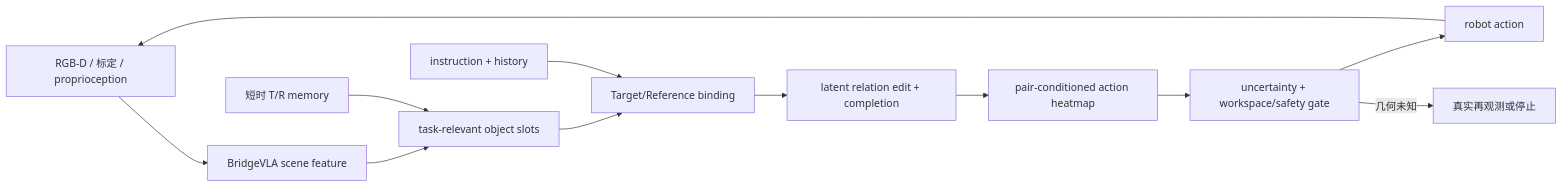
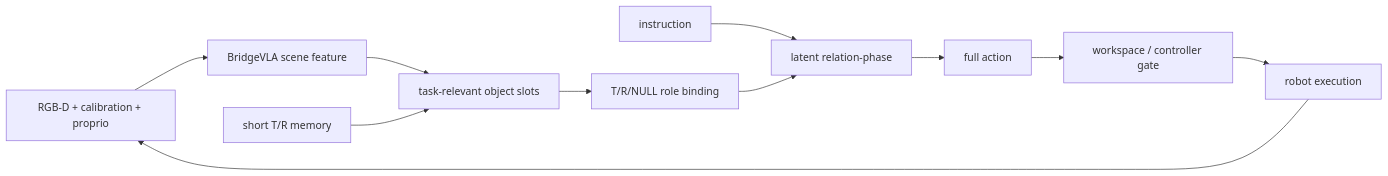
The first of 2 diagrams in docs/design/real-world-deployment.md (YW310/BridgeVLA), drawn with Mermaid before and after one commit. The commit also changed other lines of this file and 5 other files, not shown here.

````diff
--- a/docs/design/real-world-deployment.md
+++ b/docs/design/real-world-deployment.md
@@ -8,14 +7,13 @@
 ```mermaid
 flowchart LR
-    S[RGB-D / 标定 / proprioception] --> F[BridgeVLA scene feature]
+    S[RGB-D + calibration + proprio] --> F[BridgeVLA scene feature]
     F --> O[task-relevant object slots]
-    M[短时 T/R memory] --> O
-    O --> B[Target/Reference binding]
-    I[instruction + history] --> B
-    B --> R[latent relation edit + completion]
-    R --> H[pair-conditioned action heatmap]
-    H --> G[uncertainty + workspace/safety gate]
-    G --> A[robot action]
-    A --> S
-    G -->|几何未知| V[真实再观测或停止]
+    M[short T/R memory] --> O
+    O --> R[T/R/NULL role binding]
+    I[instruction] --> Z[latent relation-phase]
+    R --> Z
+    Z --> A[full action]
+    A --> G[workspace / controller gate]
+    G --> X[robot execution]
+    X --> S
 ```
````
